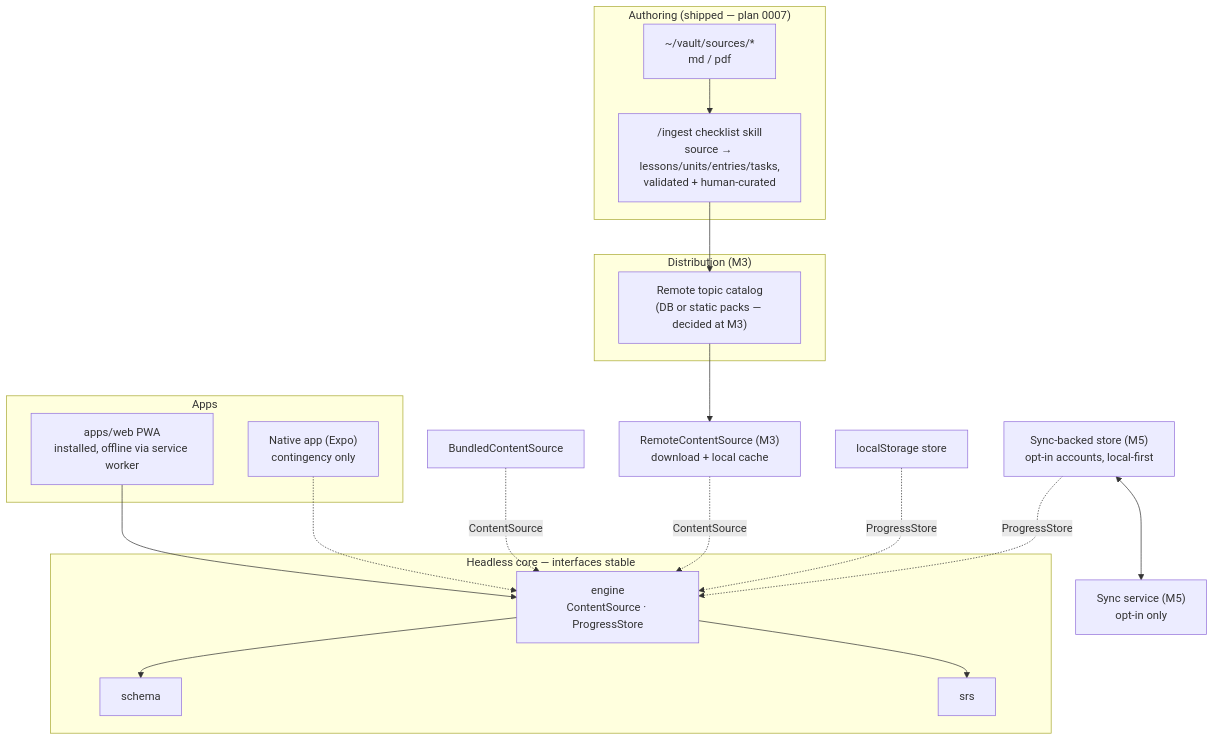
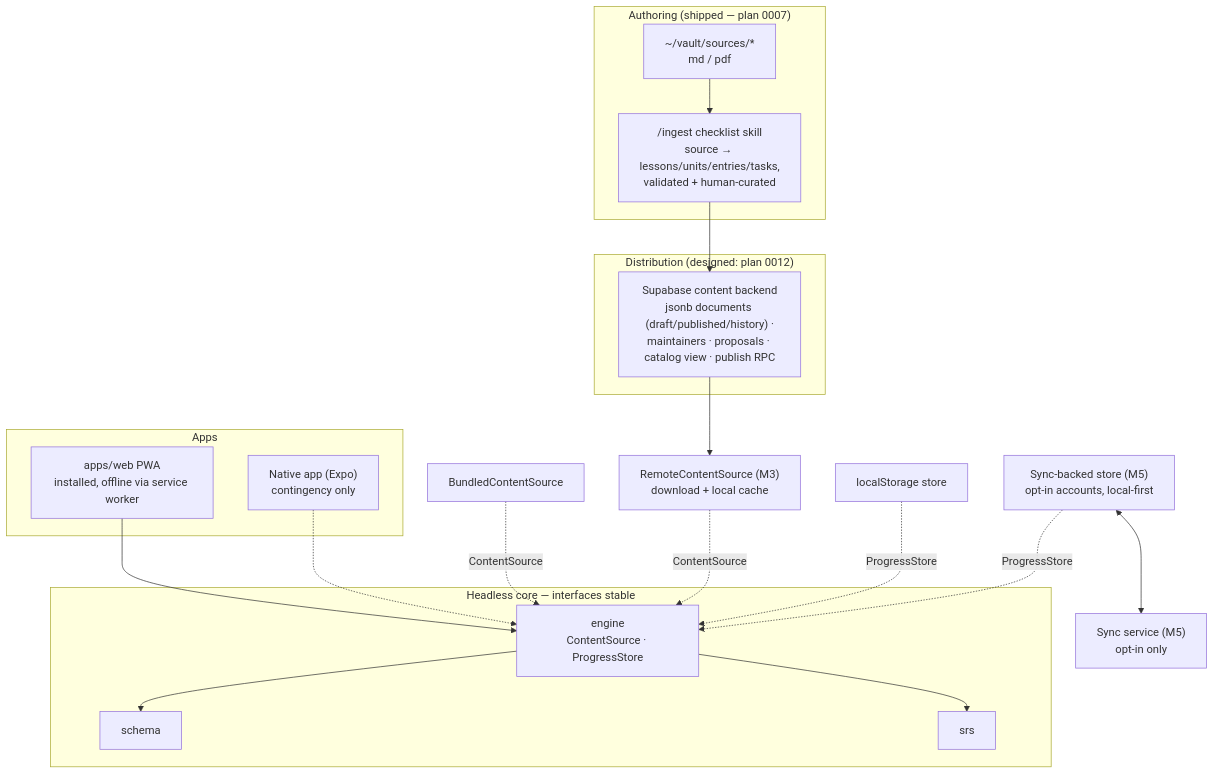
The third of 3 diagrams in docs/architecture.md (MoritzHauer/BetterBeaver), drawn with Mermaid before and after one commit. The commit also changed other lines of this file and 3 other files, not shown here.

First line of the commit message:
Design plan 0012: Supabase content backend and in-app editing

````diff
--- a/docs/architecture.md
+++ b/docs/architecture.md
@@ -81,41 +81,41 @@
 ```mermaid
 graph TD
     subgraph authoring ["Authoring (shipped — plan 0007)"]
         sources["~/vault/sources/*<br/>md / pdf"]
         ingest["/ingest checklist skill<br/>source → lessons/units/entries/tasks,<br/>validated + human-curated"]
         sources --> ingest
     end
 
-    subgraph distribution ["Distribution (M3)"]
-        catalog["Remote topic catalog<br/>(DB or static packs — decided at M3)"]
+    subgraph distribution ["Distribution (designed: plan 0012)"]
+        catalog["Supabase content backend<br/>jsonb documents (draft/published/history) ·<br/>maintainers · proposals · catalog view · publish RPC"]
     end
     ingest --> catalog
 
     subgraph headless ["Headless core — interfaces stable"]
         schema["schema"]
         srs["srs"]
         engine["engine<br/>ContentSource · ProgressStore"]
         engine --> schema
         engine --> srs
     end
 
     subgraph apps ["Apps"]
         pwa["apps/web PWA<br/>installed, offline via service worker"]
         native["Native app (Expo)<br/>contingency only"]
     end
     pwa --> engine
     native -.-> engine
 
     bundled["BundledContentSource"]
     remote["RemoteContentSource (M3)<br/>download + local cache"]
     bundled -.->|ContentSource| engine
     remote -.->|ContentSource| engine
     catalog --> remote
 
     localstore["localStorage store"]
     syncstore["Sync-backed store (M5)<br/>opt-in accounts, local-first"]
     localstore -.->|ProgressStore| engine
     syncstore -.->|ProgressStore| engine
     syncBackend["Sync service (M5)<br/>opt-in only"]
     syncstore <--> syncBackend
 ```
````
